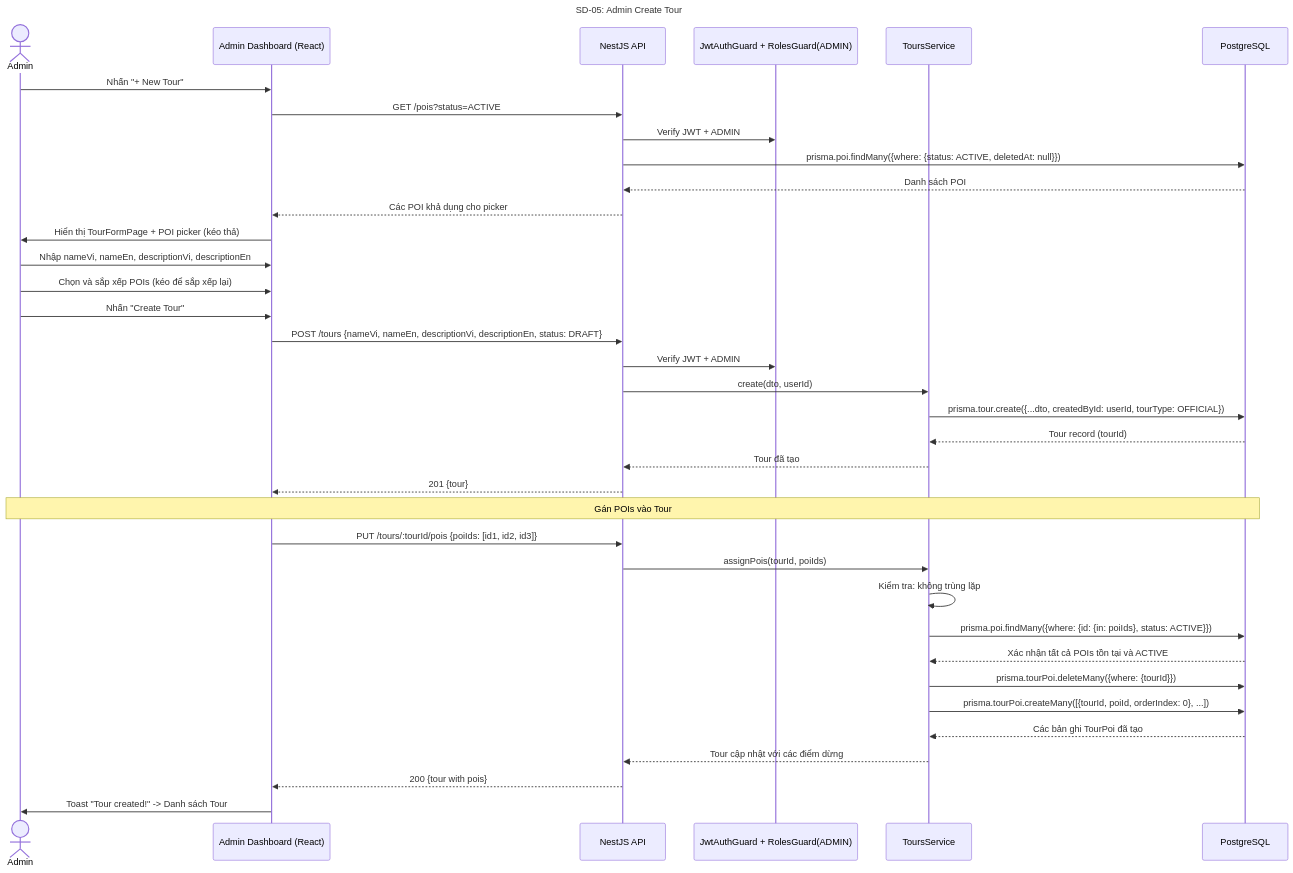
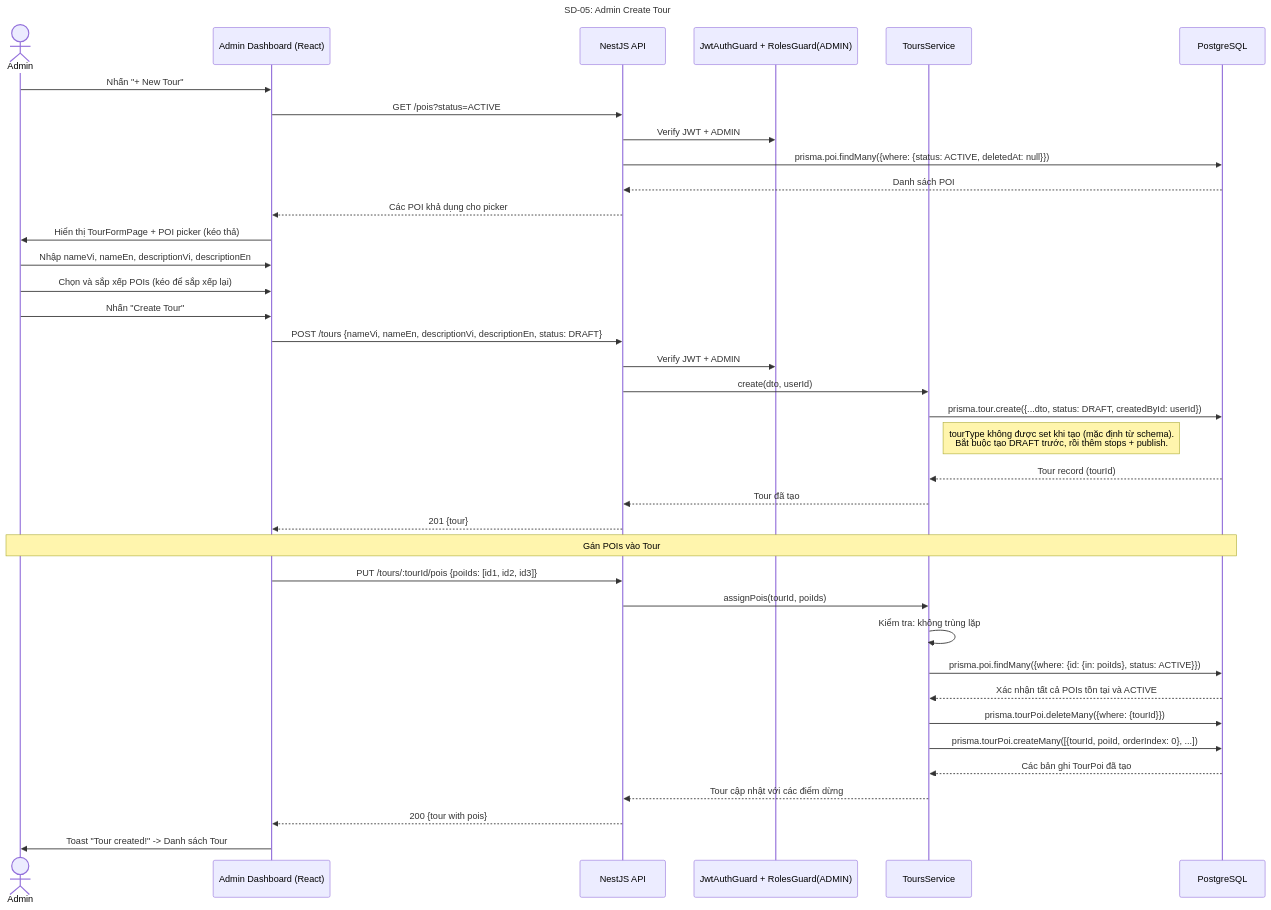
One commit to Ttuandatt/Seminar changed the fifth of 28 diagrams in docs/step3_prd/15_sequence_diagrams.md. Above: the diagram before and after it, drawn with Mermaid. The commit also changed other lines of this file, not shown here.

First line of the commit message:
docs: sync 8 sequence diagrams with codebase (v4.1 → v4.2)

````diff
--- a/docs/step3_prd/15_sequence_diagrams.md
+++ b/docs/step3_prd/15_sequence_diagrams.md
@@ -272,43 +272,44 @@
 ```mermaid
 sequenceDiagram
     title SD-05: Admin Create Tour
     actor Admin
     participant UI as Admin Dashboard (React)
     participant API as NestJS API
     participant Guard as JwtAuthGuard + RolesGuard(ADMIN)
     participant Tour as ToursService
     participant DB as PostgreSQL
 
     Admin->>UI: Nhấn "+ New Tour"
     UI->>API: GET /pois?status=ACTIVE
     API->>Guard: Verify JWT + ADMIN
     API->>DB: prisma.poi.findMany({where: {status: ACTIVE, deletedAt: null}})
     DB-->>API: Danh sách POI
     API-->>UI: Các POI khả dụng cho picker
 
     UI->>Admin: Hiển thị TourFormPage + POI picker (kéo thả)
     Admin->>UI: Nhập nameVi, nameEn, descriptionVi, descriptionEn
     Admin->>UI: Chọn và sắp xếp POIs (kéo để sắp xếp lại)
     Admin->>UI: Nhấn "Create Tour"
 
     UI->>API: POST /tours {nameVi, nameEn, descriptionVi, descriptionEn, status: DRAFT}
     API->>Guard: Verify JWT + ADMIN
     API->>Tour: create(dto, userId)
-    Tour->>DB: prisma.tour.create({...dto, createdById: userId, tourType: OFFICIAL})
+    Tour->>DB: prisma.tour.create({...dto, status: DRAFT, createdById: userId})
+    Note right of Tour: tourType không được set khi tạo (mặc định từ schema).<br/>Bắt buộc tạo DRAFT trước, rồi thêm stops + publish.
     DB-->>Tour: Tour record (tourId)
     Tour-->>API: Tour đã tạo
     API-->>UI: 201 {tour}
 
     Note over Admin, DB: Gán POIs vào Tour
     UI->>API: PUT /tours/:tourId/pois {poiIds: [id1, id2, id3]}
     API->>Tour: assignPois(tourId, poiIds)
     Tour->>Tour: Kiểm tra: không trùng lặp
     Tour->>DB: prisma.poi.findMany({where: {id: {in: poiIds}, status: ACTIVE}})
     DB-->>Tour: Xác nhận tất cả POIs tồn tại và ACTIVE
     Tour->>DB: prisma.tourPoi.deleteMany({where: {tourId}})
     Tour->>DB: prisma.tourPoi.createMany([{tourId, poiId, orderIndex: 0}, ...])
     DB-->>Tour: Các bản ghi TourPoi đã tạo
     Tour-->>API: Tour cập nhật với các điểm dừng
     API-->>UI: 200 {tour with pois}
     UI->>Admin: Toast "Tour created!" -> Danh sách Tour
 ```
````
